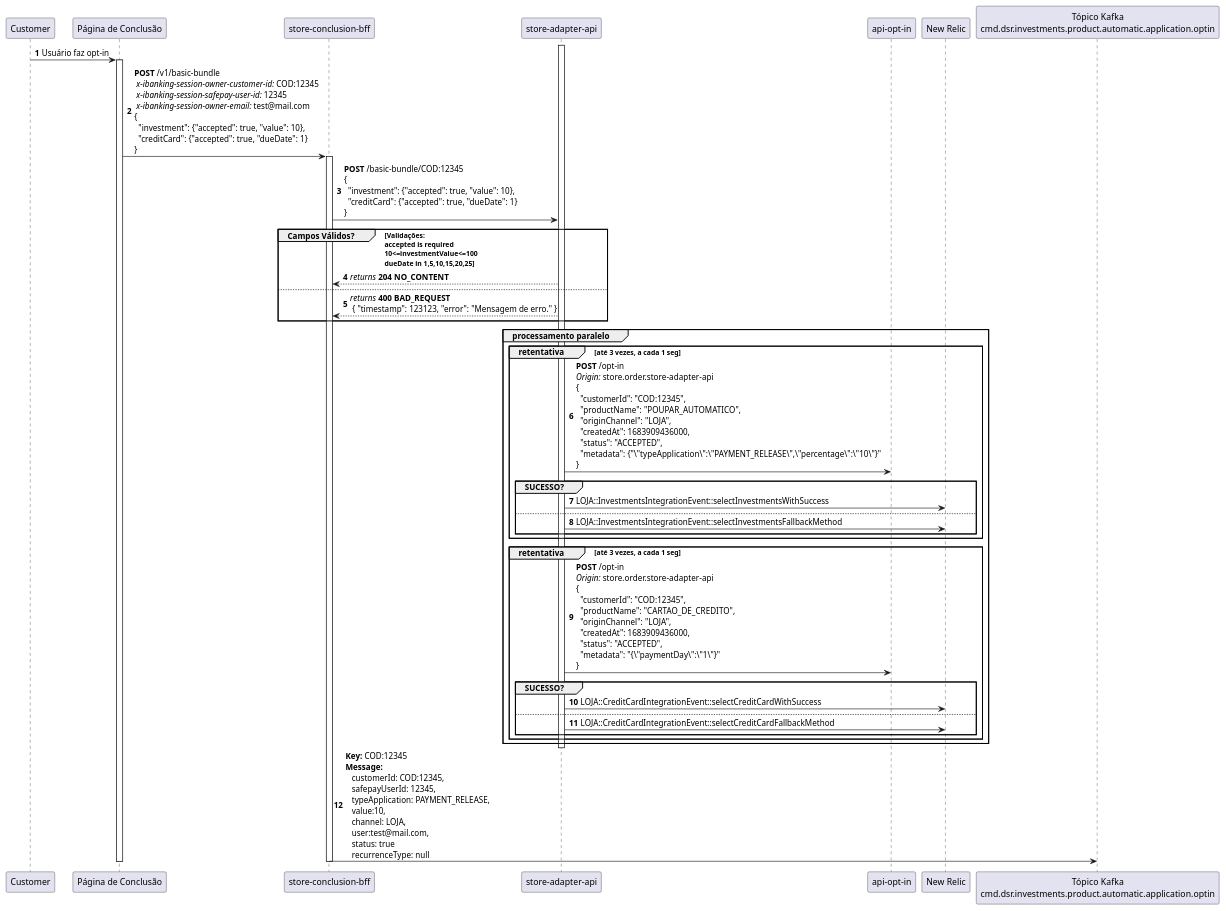
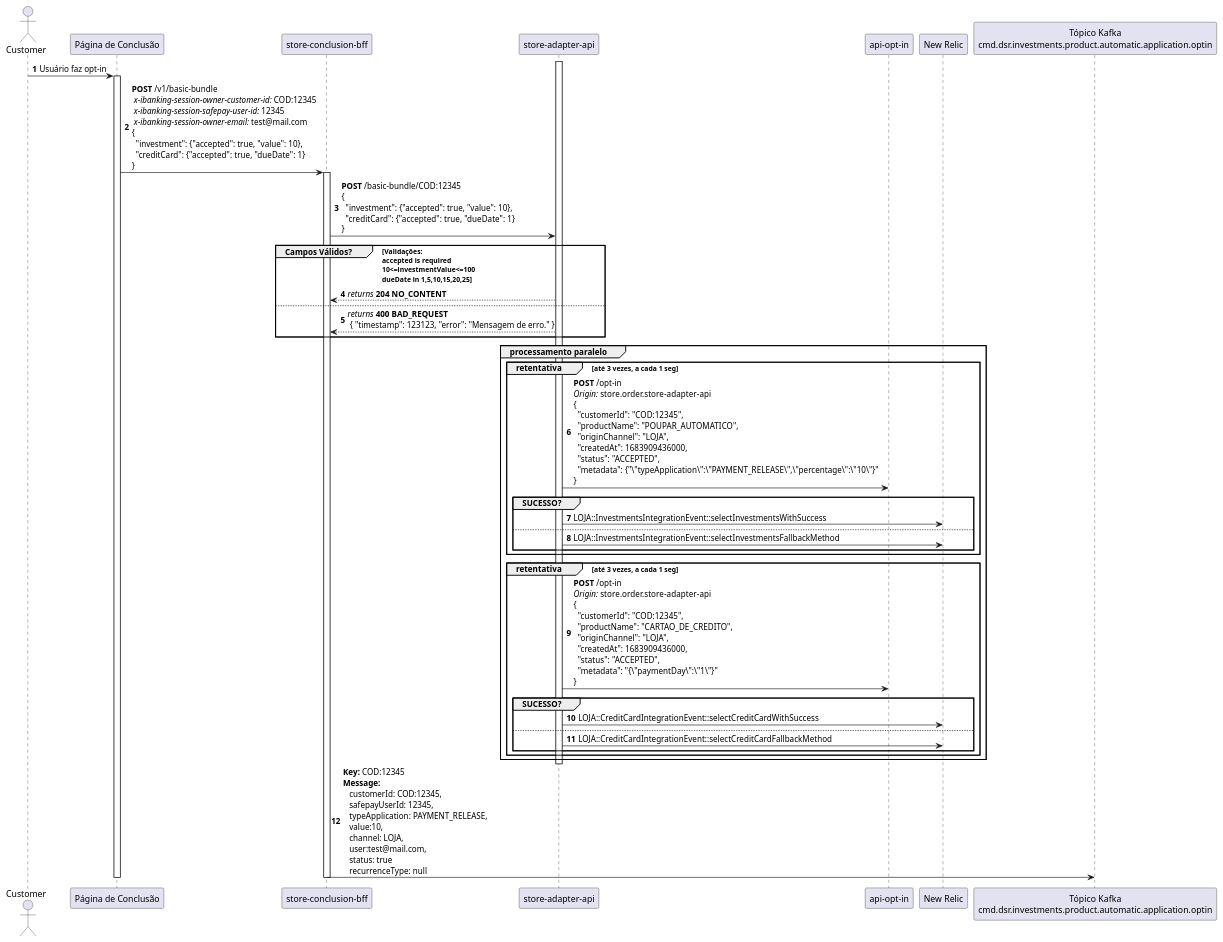
The diagram in diagrams/Fluxo Pacote Básico - Ao Usuário fazer o opt-in na Tela de Conclusão.puml (iddtmatos/http-requests), drawn with PlantUML before and after one commit.

```diff
--- a/diagrams/Fluxo Pacote Básico - Ao Usuário fazer o opt-in na Tela de Conclusão.puml
+++ b/diagrams/Fluxo Pacote Básico - Ao Usuário fazer o opt-in na Tela de Conclusão.puml
@@ -1,36 +1,37 @@
 @startuml
+actor Customer
 autonumber
 Customer->"Página de Conclusão": Usuário faz opt-in
 activate "Página de Conclusão"
     "Página de Conclusão"->"store-conclusion-bff": <b>POST</b> /v1/basic-bundle\n// x-ibanking-session-owner-customer-id: //COD:12345\n //x-ibanking-session-safepay-user-id:// 12345\n //x-ibanking-session-owner-email:// test@mail.com\n{\n  "investment": {"accepted": true, "value": 10},\n  "creditCard": {"accepted": true, "dueDate": 1}\n}
     activate "store-conclusion-bff"
         "store-conclusion-bff"->"store-adapter-api": <b>POST</b> /basic-bundle/COD:12345\n{\n  "investment": {"accepted": true, "value": 10},\n  "creditCard": {"accepted": true, "dueDate": 1}\n}
         group Campos Válidos? [Validações:\naccepted is required\n10<=investmentValue<=100\ndueDate in 1,5,10,15,20,25]
             "store-adapter-api"-->"store-conclusion-bff": <i>returns</i> <b>204 NO_CONTENT</b>
         else
             "store-adapter-api"-->"store-conclusion-bff": <i>returns</i> <b>400 BAD_REQUEST</b>\n { "timestamp": 123123, "error": "Mensagem de erro." }
         end
     activate "store-adapter-api"
         group processamento paralelo
             group retentativa [até 3 vezes, a cada 1 seg]
                 "store-adapter-api"->"api-opt-in": <b>POST</b> /opt-in \n//Origin:// store.order.store-adapter-api\n{\n  "customerId": "COD:12345",\n  "productName": "POUPAR_AUTOMATICO",\n  "originChannel": "LOJA",\n  "createdAt": 1683909436000,\n  "status": "ACCEPTED",\n  "metadata": {"\"typeApplication\":\"PAYMENT_RELEASE\",\"percentage\":\"10\"}"\n}
                 group SUCESSO?
                     "store-adapter-api"->"New Relic": LOJA::InvestmentsIntegrationEvent::selectInvestmentsWithSuccess
                 else
                     "store-adapter-api"->"New Relic": LOJA::InvestmentsIntegrationEvent::selectInvestmentsFallbackMethod
                 end
             end
             group retentativa [até 3 vezes, a cada 1 seg]
                 "store-adapter-api"->"api-opt-in": <b>POST</b> /opt-in \n//Origin:// store.order.store-adapter-api\n{\n  "customerId": "COD:12345",\n  "productName": "CARTAO_DE_CREDITO",\n  "originChannel": "LOJA",\n  "createdAt": 1683909436000,\n  "status": "ACCEPTED",\n  "metadata": "{\"paymentDay\":\"1\"}"\n}
                 group SUCESSO?
                     "store-adapter-api"->"New Relic": LOJA::CreditCardIntegrationEvent::selectCreditCardWithSuccess
                 else
                     "store-adapter-api"->"New Relic": LOJA::CreditCardIntegrationEvent::selectCreditCardFallbackMethod
                 end
             end
         end
     deactivate "store-adapter-api"
     "store-conclusion-bff"->"Tópico Kafka\ncmd.dsr.investments.product.automatic.application.optin": <b>Key:</b> COD:12345\n<b>Message:</b>\n   customerId: COD:12345,\n   safepayUserId: 12345,\n   typeApplication: PAYMENT_RELEASE,\n   value:10,\n   channel: LOJA,\n   user:test@mail.com,\n   status: true\n   recurrenceType: null
     deactivate "store-conclusion-bff"
 deactivate "Página de Conclusão"
 @enduml
```
